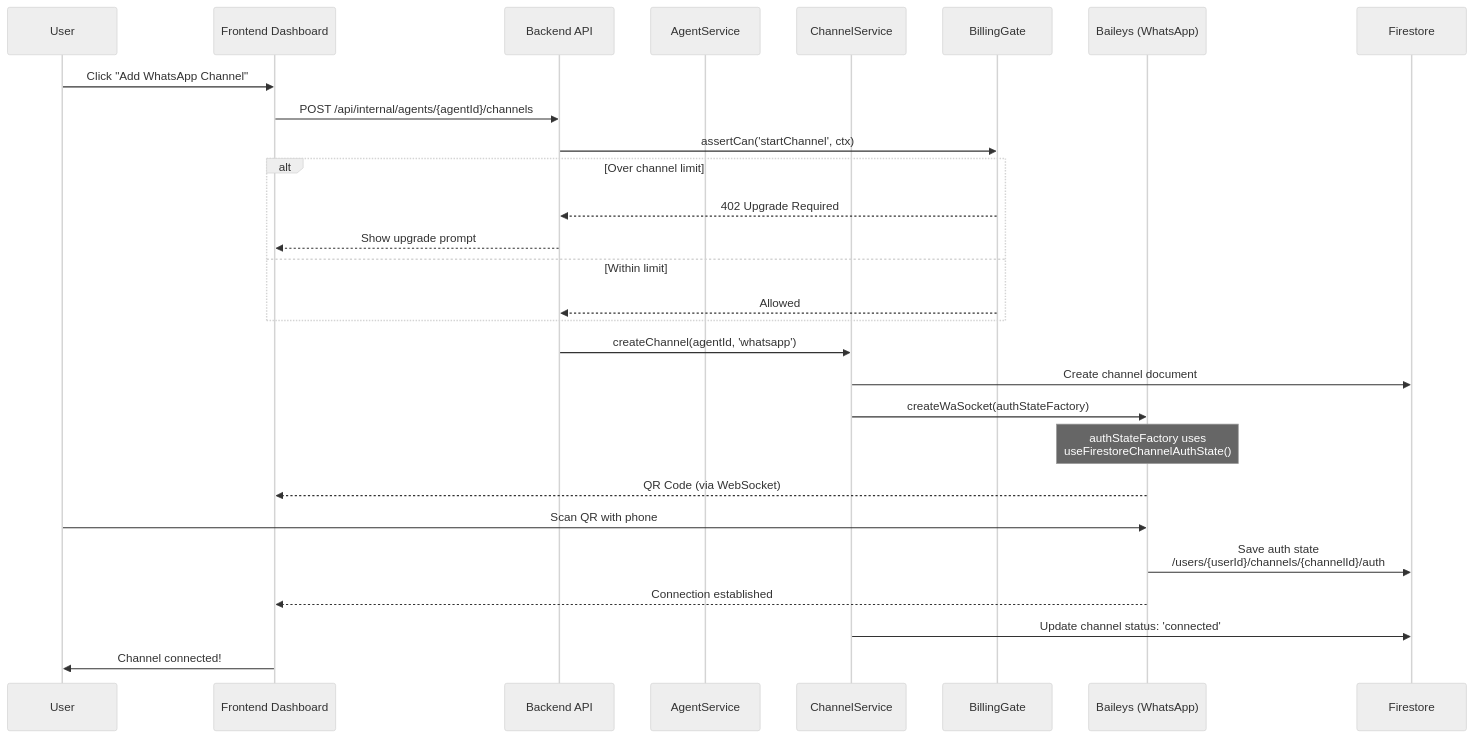
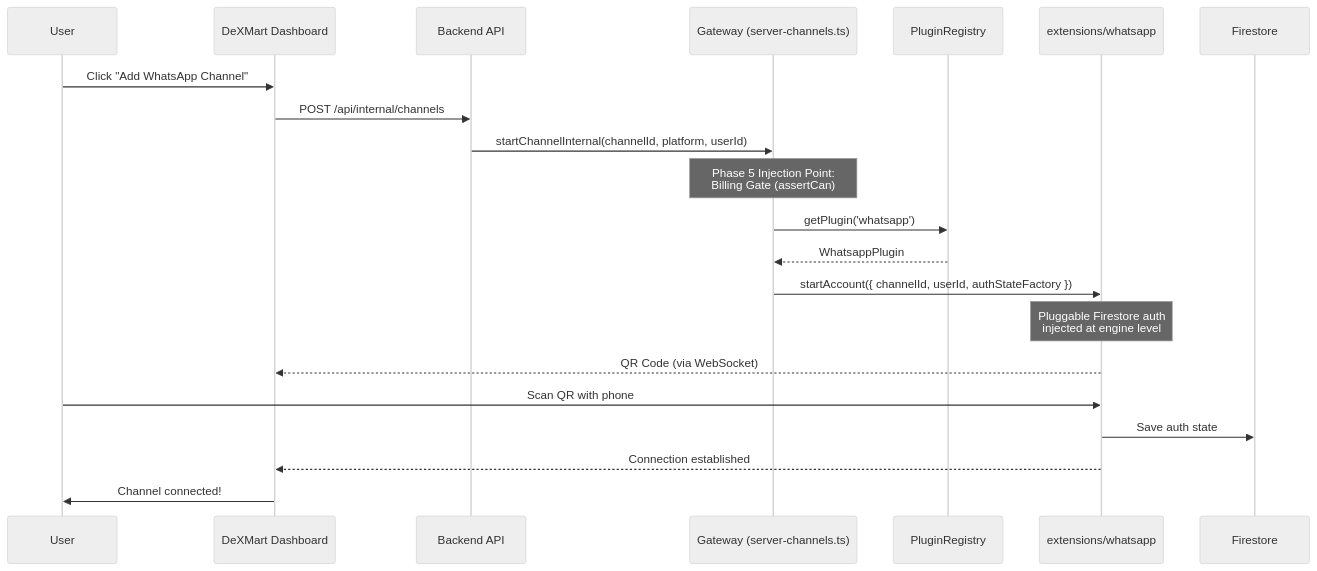
One commit to SplashCodeDex/DeXMart changed the sixth of 15 diagrams in docs/architecture/SYSTEM_DIAGRAMS.md. Above: the diagram before and after it, drawn with Mermaid (neutral theme). The commit also changed other lines of this file and 46 other files, not shown here.

````diff
--- a/docs/architecture/SYSTEM_DIAGRAMS.md
+++ b/docs/architecture/SYSTEM_DIAGRAMS.md
@@ -307,35 +305,29 @@
 ```mermaid
 sequenceDiagram
     participant User
-    participant Dashboard as Frontend Dashboard
+    participant Dashboard as DeXMart Dashboard
     participant API as Backend API
-    participant AgentSvc as AgentService
-    participant ChanSvc as ChannelService
-    participant AuthGuard as BillingGate
-    participant Baileys as Baileys (WhatsApp)
-    participant Firestore as Firestore
+    participant Engine as Gateway (server-channels.ts)
+    participant Registry as PluginRegistry
+    participant Plugin as extensions/whatsapp
+    participant Firebase as Firestore
 
     User->>Dashboard: Click "Add WhatsApp Channel"
-    Dashboard->>API: POST /api/internal/agents/{agentId}/channels
-    API->>AuthGuard: assertCan('startChannel', ctx)
+    Dashboard->>API: POST /api/internal/channels
+    API->>Engine: startChannelInternal(channelId, platform, userId)
 
-    alt Over channel limit
-        AuthGuard-->>API: 402 Upgrade Required
-        API-->>Dashboard: Show upgrade prompt
-    else Within limit
-        AuthGuard-->>API: Allowed
-    end
+    Note over Engine: Phase 5 Injection Point:<br/>Billing Gate (assertCan)
 
-    API->>ChanSvc: createChannel(agentId, 'whatsapp')
-    ChanSvc->>Firestore: Create channel document
-    ChanSvc->>Baileys: createWaSocket(authStateFactory)
+    Engine->>Registry: getPlugin('whatsapp')
+    Registry-->>Engine: WhatsappPlugin
 
-    Note over Baileys: authStateFactory uses<br/>useFirestoreChannelAuthState()
+    Engine->>Plugin: startAccount({ channelId, userId, authStateFactory })
 
-    Baileys-->>Dashboard: QR Code (via WebSocket)
-    User->>Baileys: Scan QR with phone
-    Baileys->>Firestore: Save auth state<br/>/users/{userId}/channels/{channelId}/auth
-    Baileys-->>Dashboard: Connection established
-    ChanSvc->>Firestore: Update channel status: 'connected'
+    Note over Plugin: Pluggable Firestore auth<br/>injected at engine level
+
+    Plugin-->>Dashboard: QR Code (via WebSocket)
+    User->>Plugin: Scan QR with phone
+    Plugin->>Firebase: Save auth state
+    Plugin-->>Dashboard: Connection established
     Dashboard->>User: Channel connected!
 ```
````
